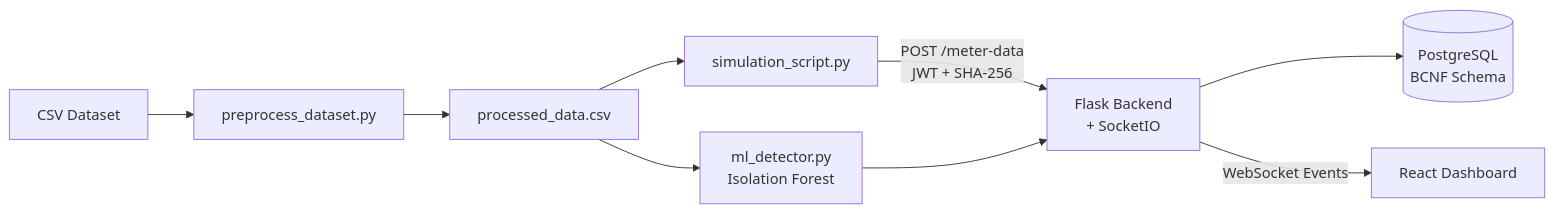
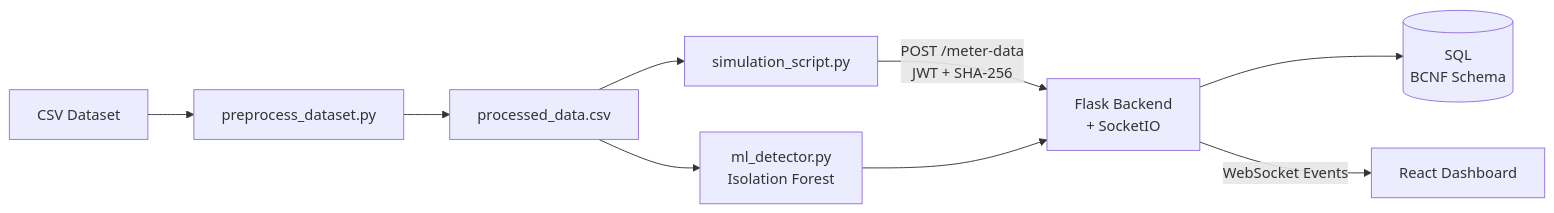
One commit to kavvyaaaa/SmartGrids changed the diagram in README.md. Above: the diagram before and after it, drawn with Mermaid.

````diff
--- a/README.md
+++ b/README.md
@@ -3,11 +3,11 @@
 ```mermaid
 graph LR
     A[CSV Dataset] --> B[preprocess_dataset.py]
     B --> C[processed_data.csv]
     C --> D[ml_detector.py<br>Isolation Forest]
     C --> E[simulation_script.py]
     E -->|POST /meter-data<br>JWT + SHA-256| F[Flask Backend<br>+ SocketIO]
-    F --> G[(PostgreSQL<br>BCNF Schema)]
+    F --> G[(SQL<br>BCNF Schema)]
     F -->|WebSocket Events| H[React Dashboard]
     D --> F
 ```
````
